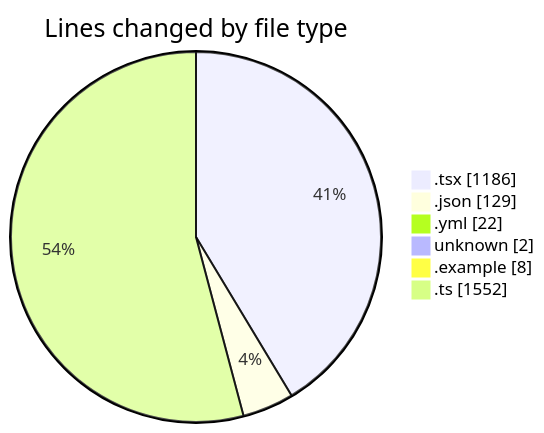
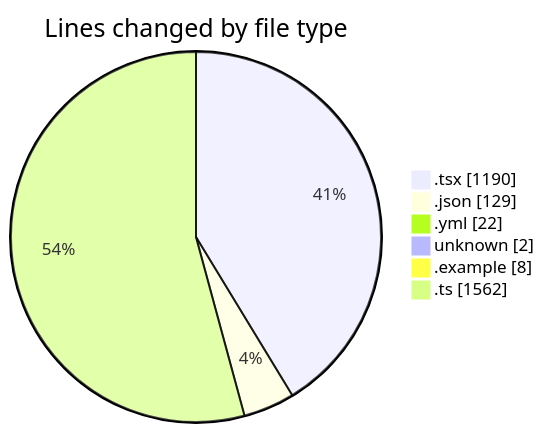
Before and after one commit to julien-gomy/code-tracking: the first of 2 diagrams in 2025-11-21/eventscop-frontend-guide__workspace_/README.md, drawn with Mermaid. The commit also changed other lines of this file and 1 other file, not shown here.

````diff
--- a/2025-11-21/eventscop-frontend-guide__workspace_/README.md
+++ b/2025-11-21/eventscop-frontend-guide__workspace_/README.md
@@ -45,10 +45,10 @@
 ```mermaid
 pie showData
 title Lines changed by file type
-".tsx" : 1186
+".tsx" : 1190
 ".json" : 129
 ".yml" : 22
 "unknown" : 2
 ".example" : 8
-".ts" : 1552
+".ts" : 1562
 ```
````
